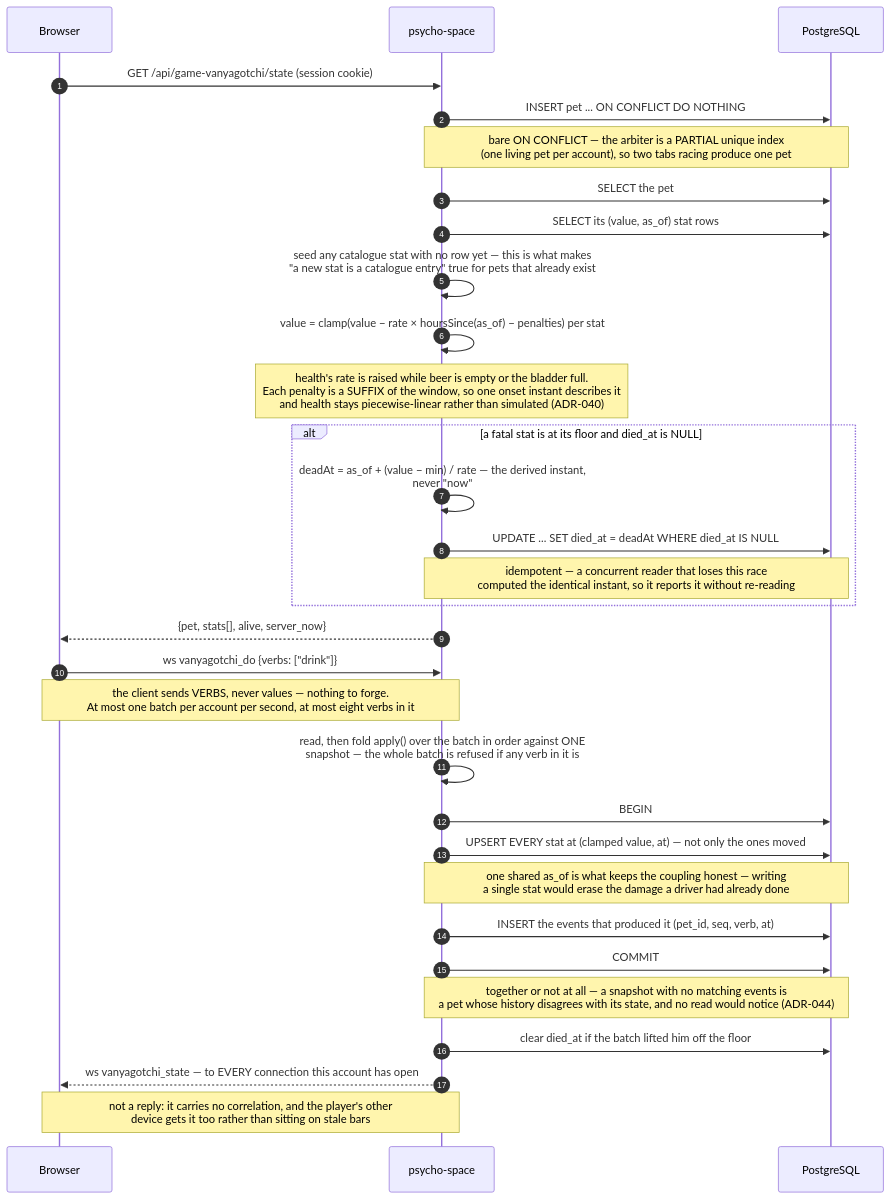
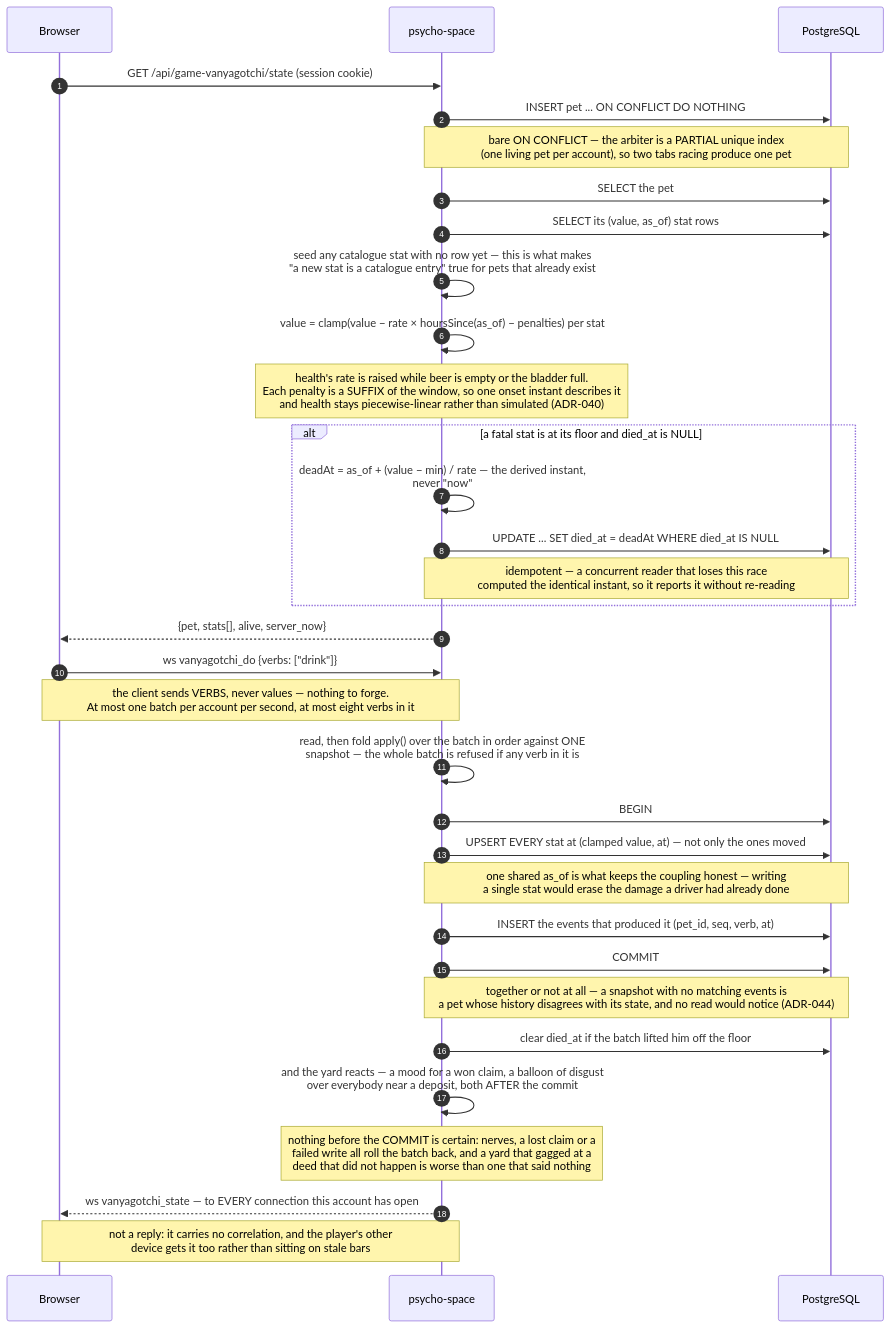
Before and after one commit to SergeyZSpb/psycho-space: the fifth of 11 diagrams in docs/ARCHITECTURE.md, drawn with Mermaid. The commit also changed other lines of this file and 12 other files, not shown here.

First line of the commit message:
feat(gamevanyagotchi): the yard reacts to what people do in it

````diff
--- a/docs/ARCHITECTURE.md
+++ b/docs/ARCHITECTURE.md
@@ -143,35 +143,37 @@
 ```mermaid
 sequenceDiagram
     autonumber
     participant B as Browser
     participant A as psycho-space
     participant P as PostgreSQL
 
     B->>A: GET /api/game-vanyagotchi/state (session cookie)
     A->>P: INSERT pet ... ON CONFLICT DO NOTHING
     Note over A,P: bare ON CONFLICT — the arbiter is a PARTIAL unique index<br/>(one living pet per account), so two tabs racing produce one pet
     A->>P: SELECT the pet
     A->>P: SELECT its (value, as_of) stat rows
     A->>A: seed any catalogue stat with no row yet — this is what makes<br/>"a new stat is a catalogue entry" true for pets that already exist
     A->>A: value = clamp(value − rate × hoursSince(as_of) − penalties) per stat
     Note over A: health's rate is raised while beer is empty or the bladder full.<br/>Each penalty is a SUFFIX of the window, so one onset instant describes it<br/>and health stays piecewise-linear rather than simulated (ADR-040)
     alt a fatal stat is at its floor and died_at is NULL
         A->>A: deadAt = as_of + (value − min) / rate — the derived instant,<br/>never "now"
         A->>P: UPDATE ... SET died_at = deadAt WHERE died_at IS NULL
         Note over A,P: idempotent — a concurrent reader that loses this race<br/>computed the identical instant, so it reports it without re-reading
     end
     A-->>B: {pet, stats[], alive, server_now}
 
     B->>A: ws vanyagotchi_do {verbs: ["drink"]}
     Note over B,A: the client sends VERBS, never values — nothing to forge.<br/>At most one batch per account per second, at most eight verbs in it
     A->>A: read, then fold apply() over the batch in order against ONE<br/>snapshot — the whole batch is refused if any verb in it is
     A->>P: BEGIN
     A->>P: UPSERT EVERY stat at (clamped value, at) — not only the ones moved
     Note over A,P: one shared as_of is what keeps the coupling honest — writing<br/>a single stat would erase the damage a driver had already done
     A->>P: INSERT the events that produced it (pet_id, seq, verb, at)
     A->>P: COMMIT
     Note over A,P: together or not at all — a snapshot with no matching events is<br/>a pet whose history disagrees with its state, and no read would notice (ADR-044)
     A->>P: clear died_at if the batch lifted him off the floor
+    A->>A: and the yard reacts — a mood for a won claim, a balloon of disgust<br/>over everybody near a deposit, both AFTER the commit
+    Note over A: nothing before the COMMIT is certain: nerves, a lost claim or a<br/>failed write all roll the batch back, and a yard that gagged at a<br/>deed that did not happen is worse than one that said nothing
     A-->>B: ws vanyagotchi_state — to EVERY connection this account has open
     Note over A,B: not a reply: it carries no correlation, and the player's other<br/>device gets it too rather than sitting on stale bars
 ```
````
